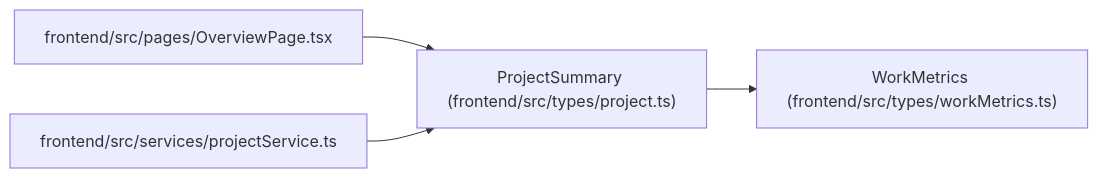
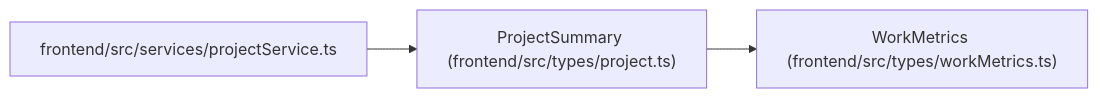
The diagram in docs/llm_wiki/entities/types_project_ProjectSummary.md (Denissvgn/WorkChord), drawn with Mermaid before and after one commit. The commit also changed other lines of this file and 2373 other files, not shown here.

````diff
--- a/docs/llm_wiki/entities/types_project_ProjectSummary.md
+++ b/docs/llm_wiki/entities/types_project_ProjectSummary.md
@@ -59,14 +59,11 @@
 ```mermaid
 flowchart LR
     n0["ProjectSummary (frontend/src/types/project.ts)"]
     n1["WorkMetrics (frontend/src/types/workMetrics.ts)"]
-    n2["frontend/src/pages/OverviewPage.tsx"]
-    n3["frontend/src/services/projectService.ts"]
+    n2["frontend/src/services/projectService.ts"]
     n0 --> n1
     n2 --> n0
-    n3 --> n0
     click n0 "../modules/types_project.md"
     click n1 "../modules/workMetrics.md"
-    click n2 "../modules/OverviewPage.md"
-    click n3 "../modules/projectService.md"
+    click n2 "../modules/projectService.md"
 ```
````
